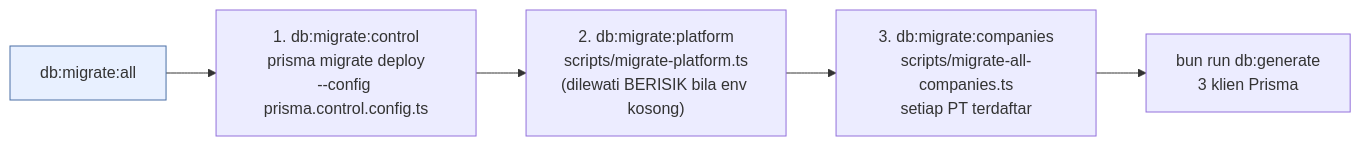
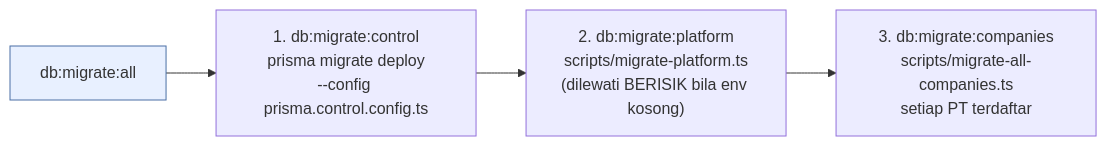
Before and after one commit to tri-evendi/sai-accounting: the fifth of 5 diagrams in docs/arsitektur/07-INFRASTRUKTUR-DEPLOY.md, drawn with Mermaid. The commit also changed other lines of this file and 43 other files, not shown here.

````diff
--- a/docs/arsitektur/07-INFRASTRUKTUR-DEPLOY.md
+++ b/docs/arsitektur/07-INFRASTRUKTUR-DEPLOY.md
@@ -332,9 +330,8 @@
 ```mermaid
 graph LR
     A["db:migrate:all"] --> B["1. db:migrate:control<br/>prisma migrate deploy<br/>--config prisma.control.config.ts"]
     B --> C["2. db:migrate:platform<br/>scripts/migrate-platform.ts<br/>(dilewati BERISIK bila env kosong)"]
     C --> D["3. db:migrate:companies<br/>scripts/migrate-all-companies.ts<br/>setiap PT terdaftar"]
-    D --> E["bun run db:generate<br/>3 klien Prisma"]
 
     style A fill:#e8f0ff,stroke:#4a6fa5
 ```
````
